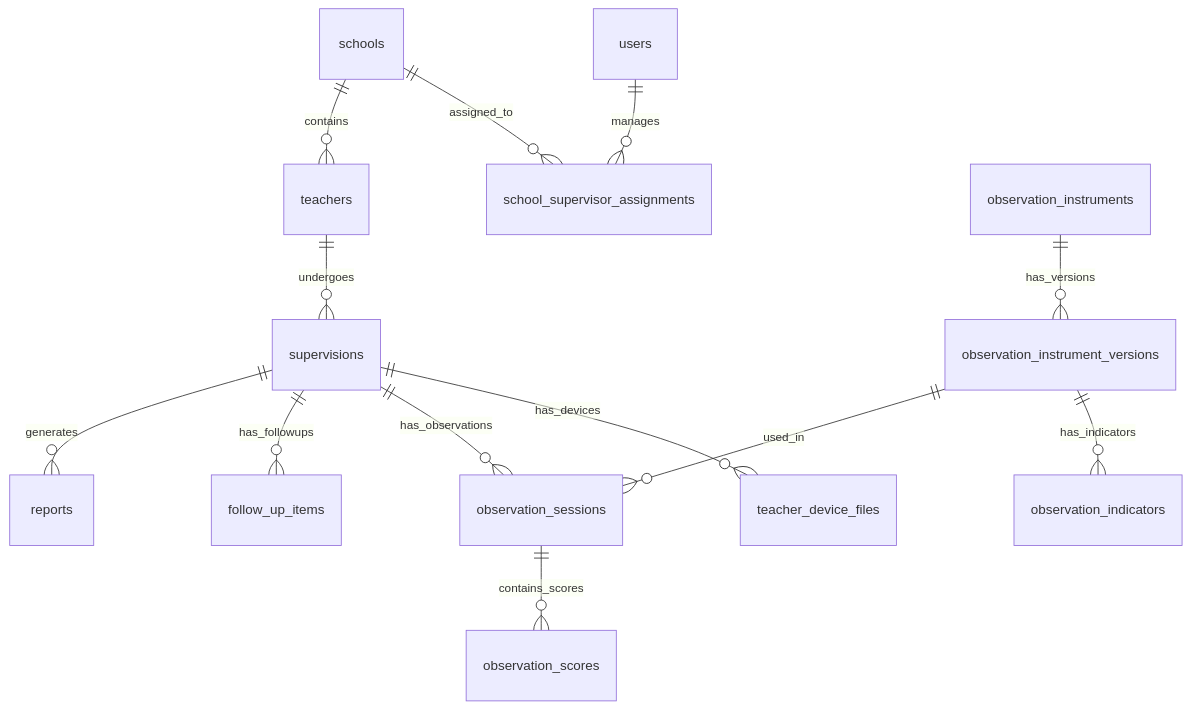
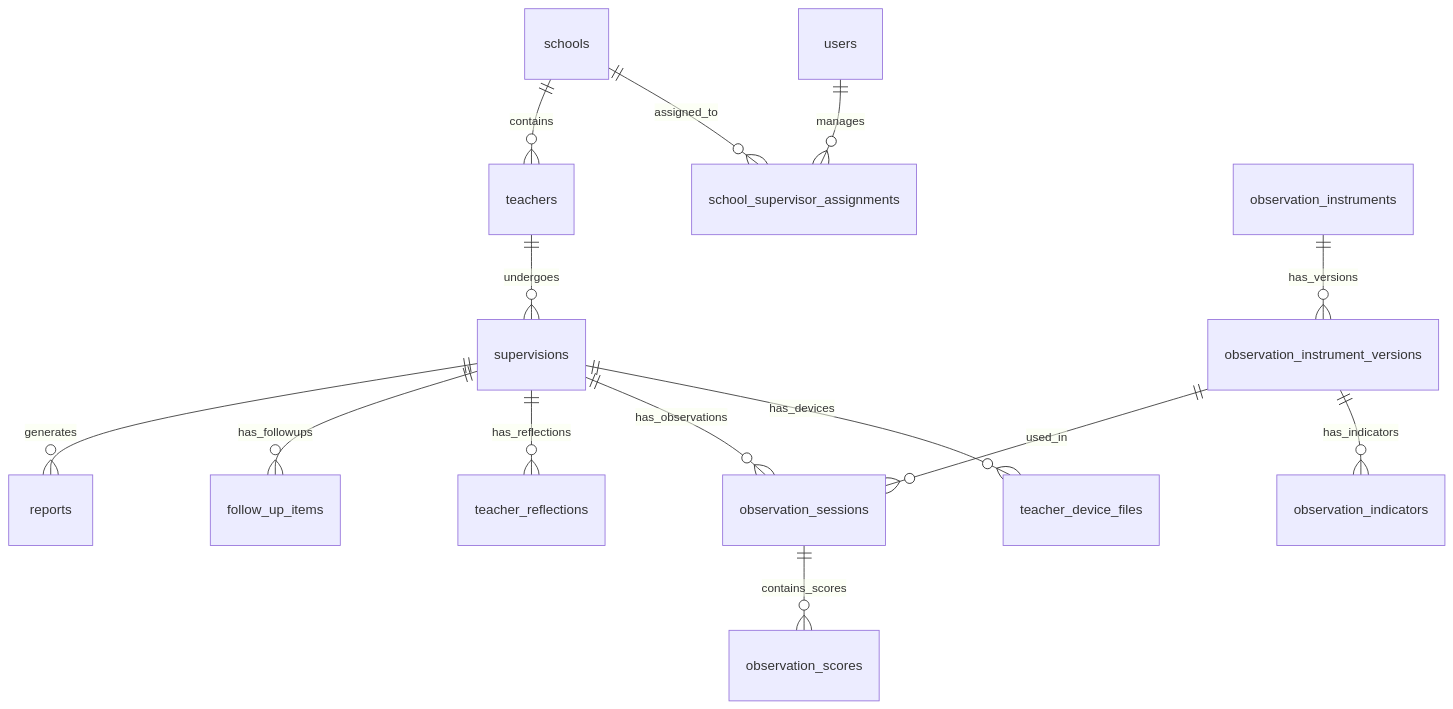
Before and after one commit to Hnzsama/supervisi_sekolah: the diagram in docs/05-model-domain-data.md, drawn with Mermaid. The commit also changed other lines of this file and 13 other files, not shown here.

````diff
--- a/docs/05-model-domain-data.md
+++ b/docs/05-model-domain-data.md
@@ -7,15 +8,16 @@
 ```mermaid
 erDiagram
     users ||--o{ school_supervisor_assignments : "manages"
     schools ||--o{ school_supervisor_assignments : "assigned_to"
     schools ||--o{ teachers : "contains"
     teachers ||--o{ supervisions : "undergoes"
     supervisions ||--o{ teacher_device_files : "has_devices"
     supervisions ||--o{ observation_sessions : "has_observations"
+    supervisions ||--o{ teacher_reflections : "has_reflections"
     supervisions ||--o{ follow_up_items : "has_followups"
     supervisions ||--o{ reports : "generates"
     observation_sessions ||--o{ observation_scores : "contains_scores"
     observation_instruments ||--o{ observation_instrument_versions : "has_versions"
     observation_instrument_versions ||--o{ observation_indicators : "has_indicators"
     observation_instrument_versions ||--o{ observation_sessions : "used_in"
 ```
````
